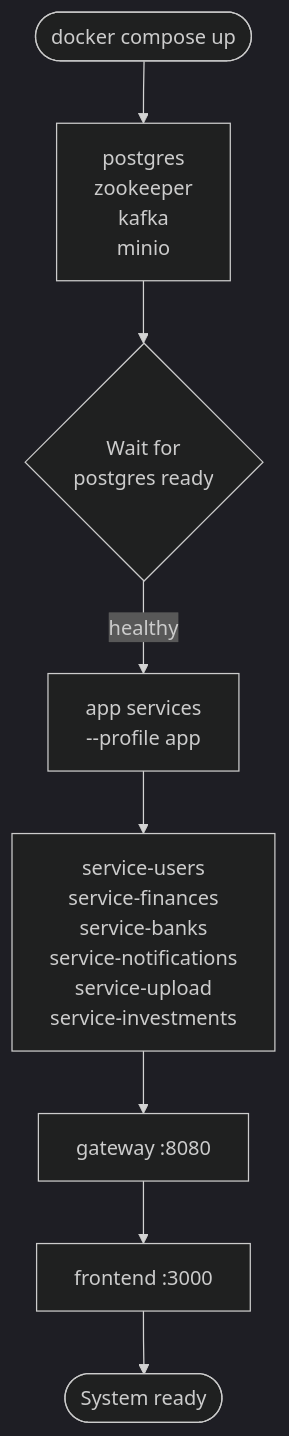
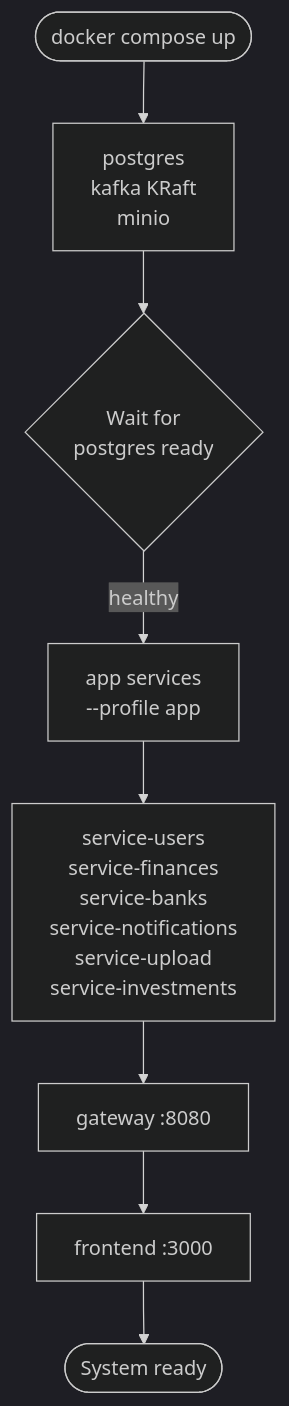
Before and after one commit to Sergio-Smirnoff/financial-app: the diagram in docs/specs/deployment.md, drawn with Mermaid (dark theme). The commit also changed other lines of this file and 15 other files, not shown here.

````diff
--- a/docs/specs/deployment.md
+++ b/docs/specs/deployment.md
@@ -94,10 +98,10 @@
 ```mermaid
 flowchart TD
-    A([docker compose up]) --> B[postgres\nzookeeper\nkafka\nminio]
+    A([docker compose up]) --> B[postgres\nkafka KRaft\nminio]
     B --> C{Wait for\npostgres ready}
     C -->|healthy| D[app services\n--profile app]
     D --> E[service-users\nservice-finances\nservice-banks\nservice-notifications\nservice-upload\nservice-investments]
     E --> F[gateway :8080]
     F --> G[frontend :3000]
     G --> H([System ready])
 ```
````
